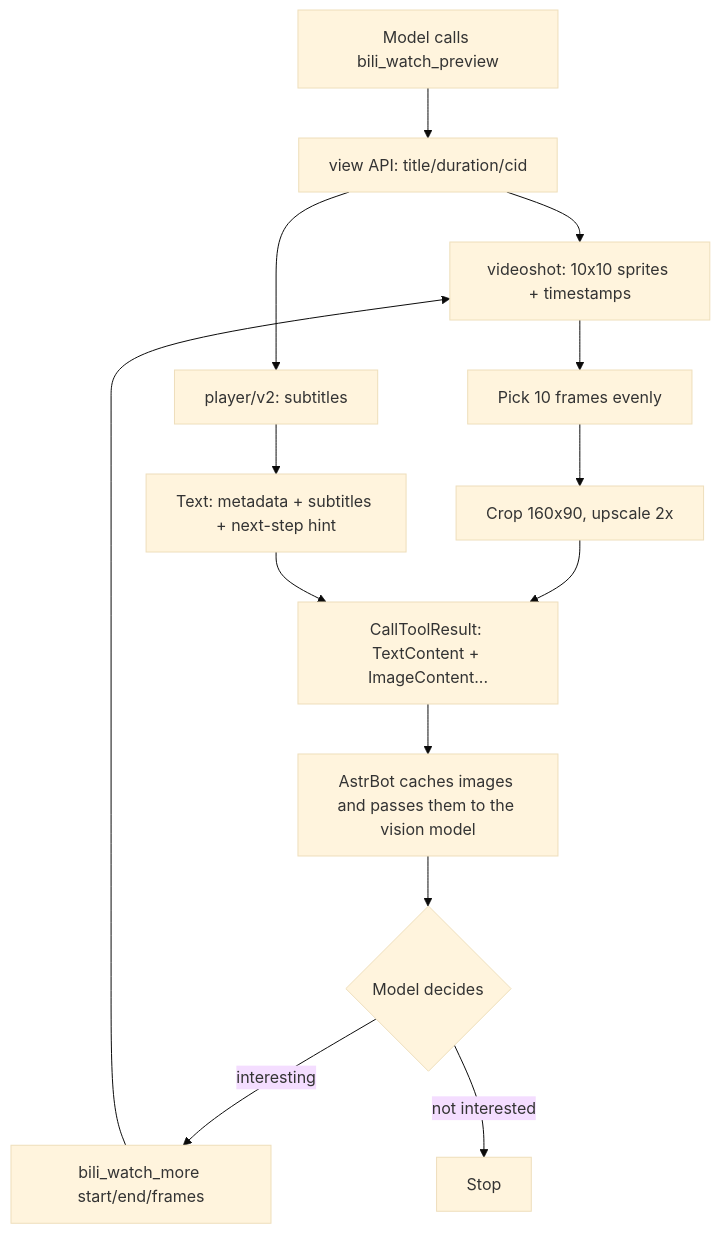
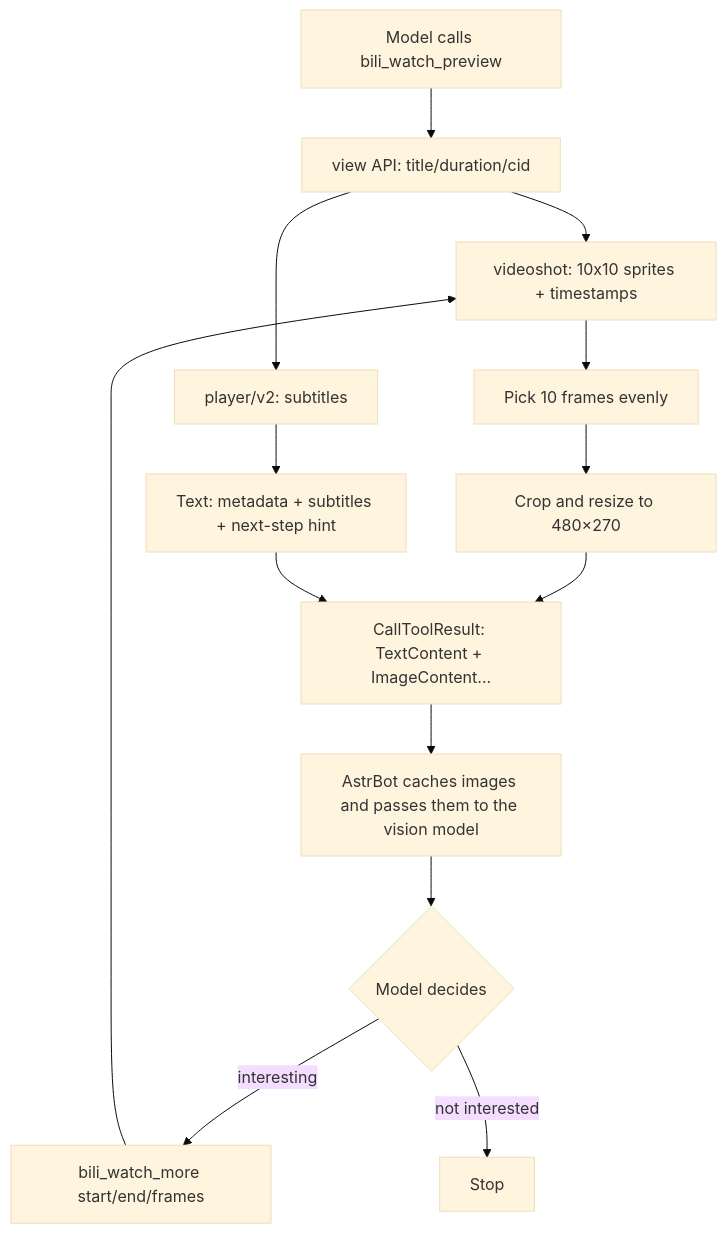
Before and after one commit to QKqiuku/astrbot_plugin_bili_watch: the diagram in README_en.md, drawn with Mermaid (base theme). The commit also changed other lines of this file and 5 other files, not shown here.

````diff
--- a/README_en.md
+++ b/README_en.md
@@ -176,16 +200,16 @@
 ```mermaid
 flowchart TB
   A[Model calls bili_watch_preview] --> B[view API: title/duration/cid]
   B --> C[videoshot: 10x10 sprites + timestamps]
   B --> D[player/v2: subtitles]
   C --> E[Pick 10 frames evenly]
-  E --> F[Crop 160x90, upscale 2x]
+  E --> F[Crop and resize to 480×270]
   D --> G[Text: metadata + subtitles + next-step hint]
   F --> H[CallToolResult: TextContent + ImageContent...]
   G --> H
   H --> I[AstrBot caches images and passes them to the vision model]
   I --> J{Model decides}
   J -->|interesting| K[bili_watch_more start/end/frames]
   J -->|not interested| L[Stop]
   K --> C
 ```
````
